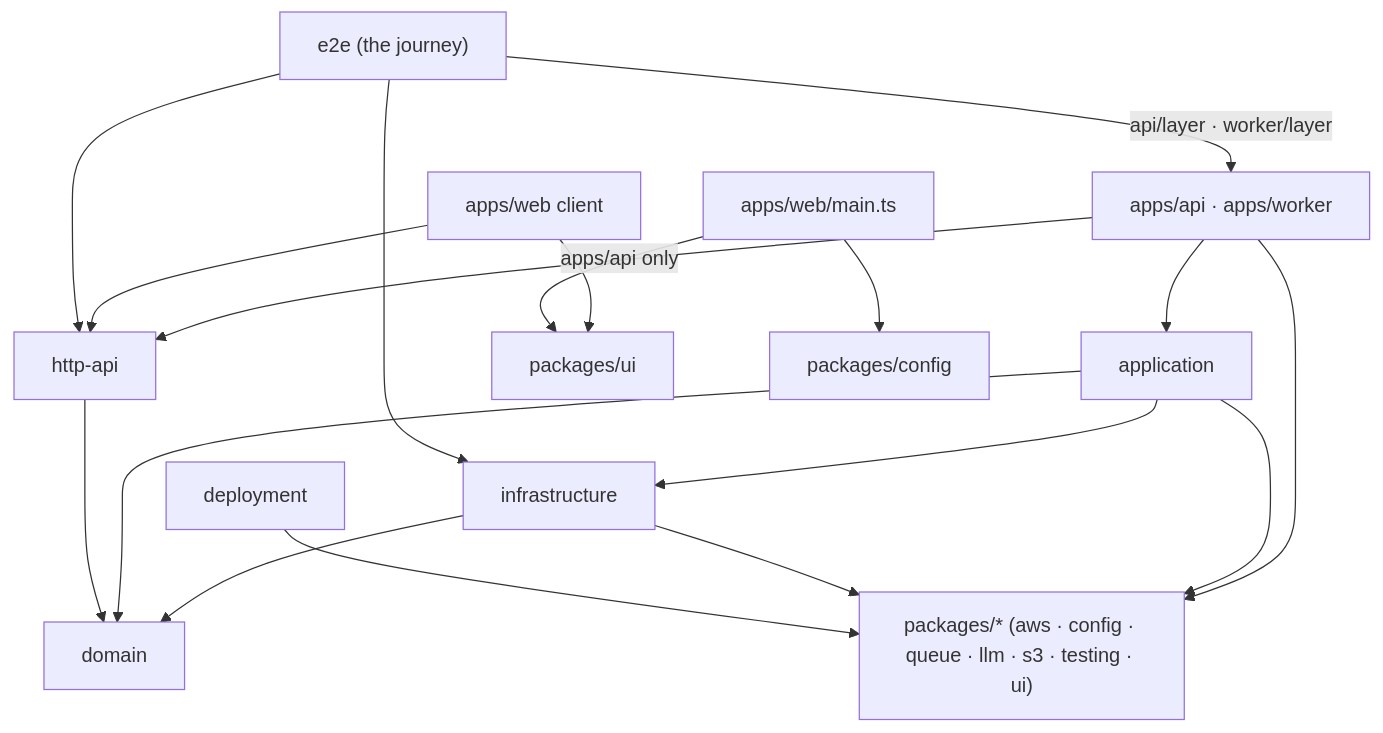
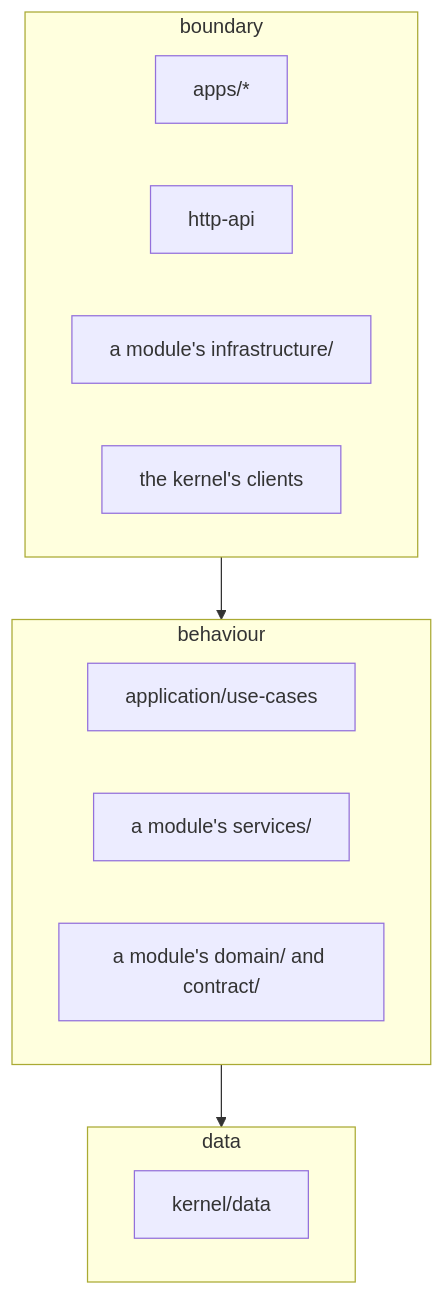
Before and after one commit to khotei/app-template: the diagram in docs/knowledge/architecture.md, drawn with Mermaid. The commit also changed other lines of this file and 447 other files, not shown here.

````diff
--- a/docs/knowledge/architecture.md
+++ b/docs/knowledge/architecture.md
@@ -12,20 +38,18 @@
 ```mermaid
 graph TD
-  apps["apps/api · apps/worker"] --> application
-  application --> infrastructure
-  infrastructure --> domain
-  application --> domain
-  apps -->|"apps/api only"| httpApi["http-api"]
-  httpApi --> domain
-  apps --> packages["packages/* (aws · config · queue · llm · s3 · testing · ui)"]
-  application --> packages
-  infrastructure --> packages
-  web["apps/web client"] --> httpApi
-  web --> ui["packages/ui"]
-  webMain["apps/web/main.ts"] --> ui
-  webMain --> config["packages/config"]
-  deployment --> packages
-  e2e["e2e (the journey)"] -->|"api/layer · worker/layer"| apps
-  e2e --> httpApi
-  e2e --> infrastructure
+  subgraph boundary["boundary"]
+    apps["apps/*"]
+    httpApi["http-api"]
+    infra["a module's infrastructure/"]
+    clients["the kernel's clients"]
+  end
+  subgraph behaviour["behaviour"]
+    useCases["application/use-cases"]
+    services["a module's services/"]
+    domain["a module's domain/ and contract/"]
+  end
+  subgraph data["data"]
+    db["kernel/data"]
+  end
+  boundary --> behaviour --> data
 ```
````
